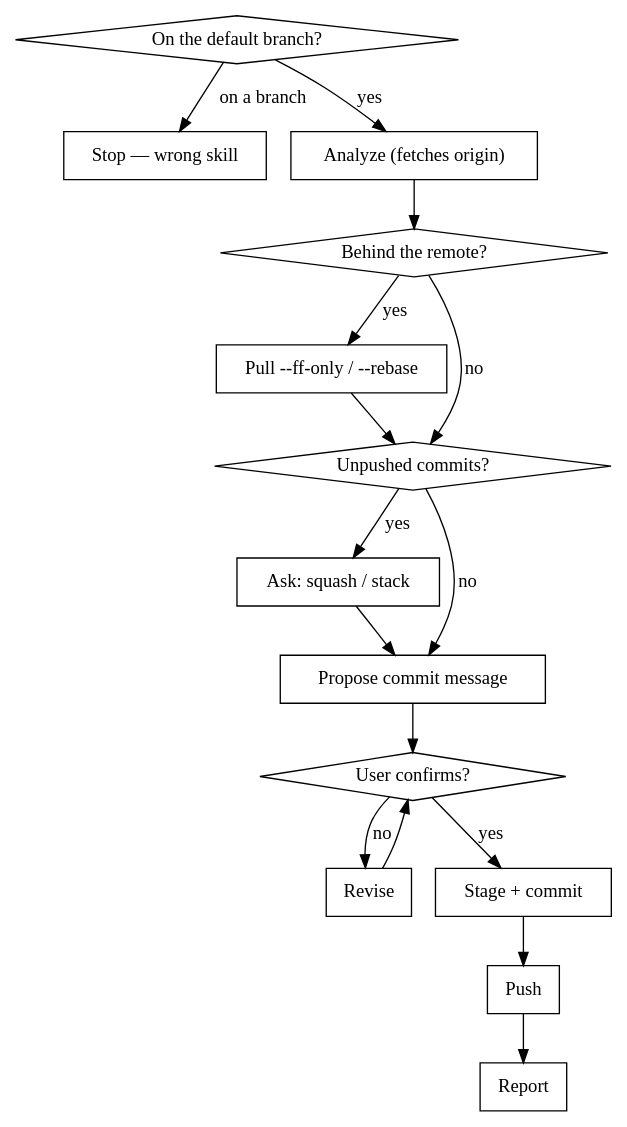
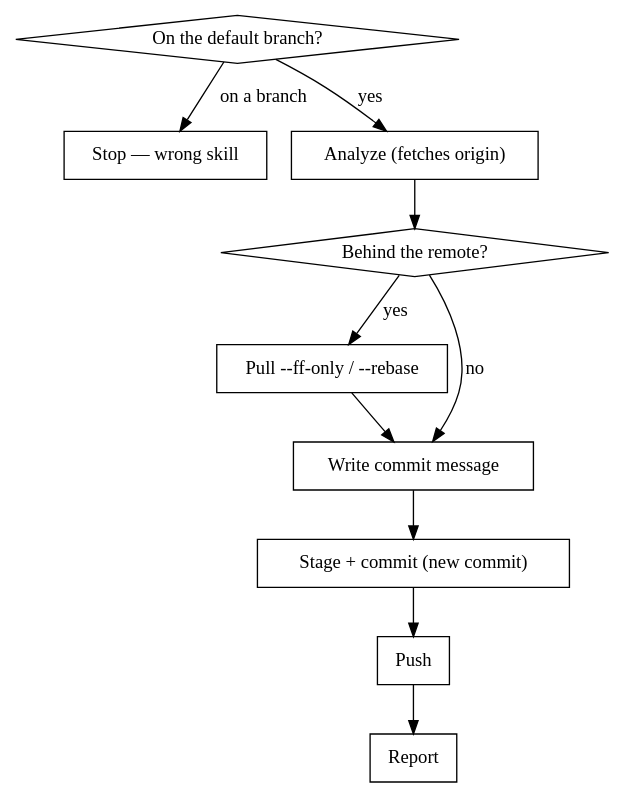
Before and after one commit to l0lxl0lw/dotfiles: the diagram in ai/shared/skills/git/git-push-to-main/SKILL.md, drawn with Graphviz. The commit also changed other lines of this file and 2 other files, not shown here.

First line of the commit message:
feat(skills): run /git-push-to-main end to end without confirming

````diff
--- a/ai/shared/skills/git/git-push-to-main/SKILL.md
+++ b/ai/shared/skills/git/git-push-to-main/SKILL.md
@@ -26,33 +28,23 @@
 ```dot
 digraph pushmain {
     "On the default branch?" [shape=diamond];
     "Stop — wrong skill" [shape=box];
     "Analyze (fetches origin)" [shape=box];
     "Behind the remote?" [shape=diamond];
     "Pull --ff-only / --rebase" [shape=box];
-    "Unpushed commits?" [shape=diamond];
-    "Ask: squash / stack" [shape=box];
-    "Propose commit message" [shape=box];
-    "User confirms?" [shape=diamond];
-    "Revise" [shape=box];
-    "Stage + commit" [shape=box];
+    "Write commit message" [shape=box];
+    "Stage + commit (new commit)" [shape=box];
     "Push" [shape=box];
     "Report" [shape=box];
 
     "On the default branch?" -> "Stop — wrong skill" [label="on a branch"];
     "On the default branch?" -> "Analyze (fetches origin)" [label="yes"];
     "Analyze (fetches origin)" -> "Behind the remote?";
     "Behind the remote?" -> "Pull --ff-only / --rebase" [label="yes"];
-    "Pull --ff-only / --rebase" -> "Unpushed commits?";
-    "Behind the remote?" -> "Unpushed commits?" [label="no"];
-    "Unpushed commits?" -> "Ask: squash / stack" [label="yes"];
-    "Unpushed commits?" -> "Propose commit message" [label="no"];
-    "Ask: squash / stack" -> "Propose commit message";
-    "Propose commit message" -> "User confirms?";
-    "User confirms?" -> "Revise" [label="no"];
-    "Revise" -> "User confirms?";
-    "User confirms?" -> "Stage + commit" [label="yes"];
-    "Stage + commit" -> "Push";
+    "Pull --ff-only / --rebase" -> "Write commit message";
+    "Behind the remote?" -> "Write commit message" [label="no"];
+    "Write commit message" -> "Stage + commit (new commit)";
+    "Stage + commit (new commit)" -> "Push";
     "Push" -> "Report";
 }
 ```
````
